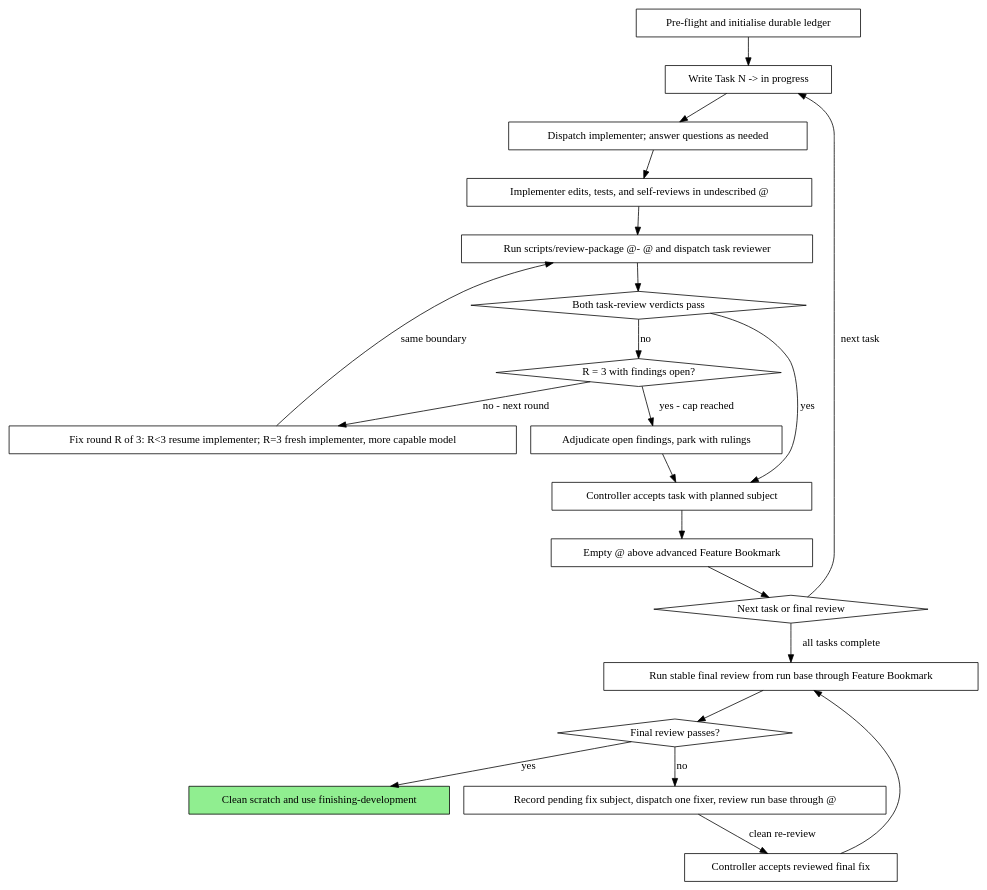
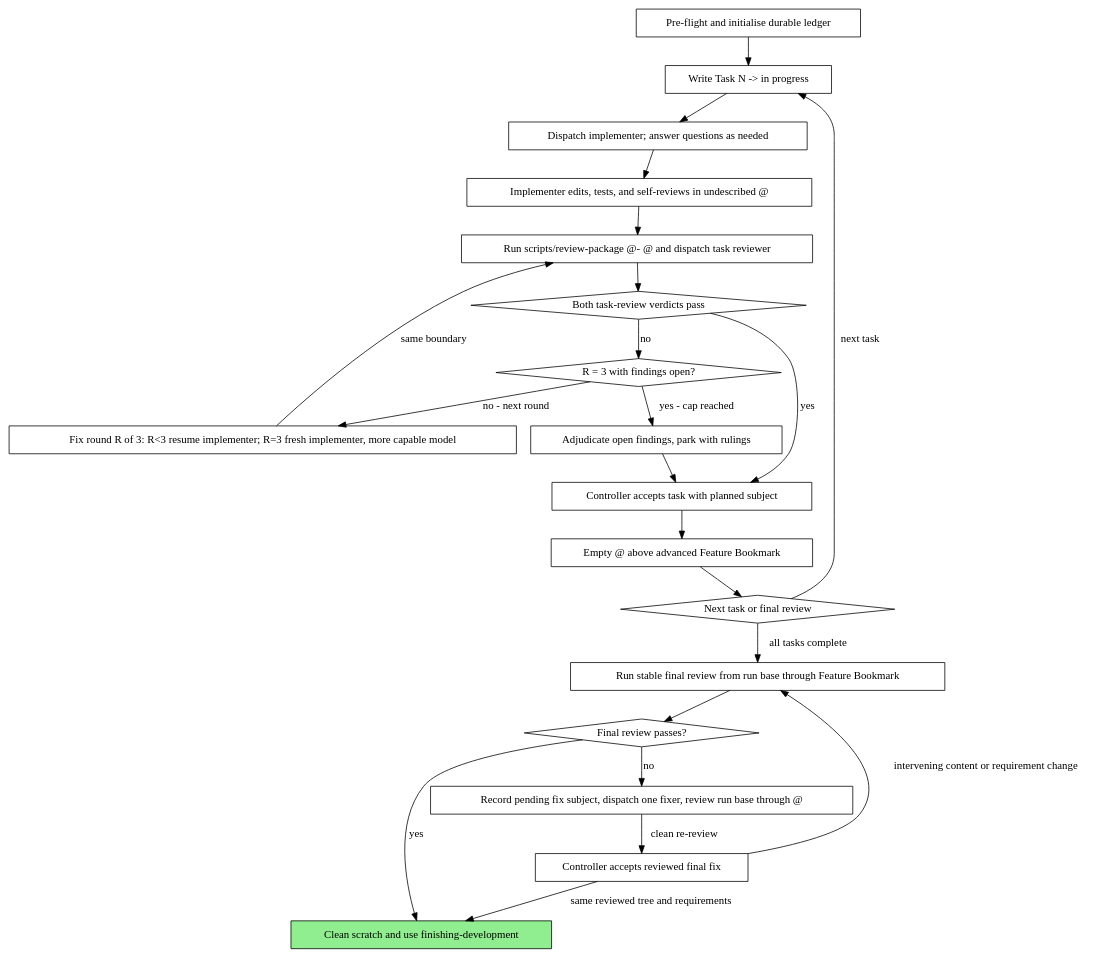
One commit to j10t-dev/1337-skills changed the second of 2 diagrams in skills/subagent-driven-development/SKILL.md. Above: the diagram before and after it, drawn with Graphviz. The commit also changed other lines of this file and 20 other files, not shown here.

````diff
--- a/skills/subagent-driven-development/SKILL.md
+++ b/skills/subagent-driven-development/SKILL.md
@@ -64,44 +65,45 @@
 ```dot
 digraph process {
     rankdir=TB;
 
     "Pre-flight and initialise durable ledger" [shape=box];
     "Write Task N -> in progress" [shape=box];
     "Dispatch implementer; answer questions as needed" [shape=box];
     "Implementer edits, tests, and self-reviews in undescribed @" [shape=box];
     "Run scripts/review-package @- @ and dispatch task reviewer" [shape=box];
     "Both task-review verdicts pass" [shape=diamond];
     "Fix round R of 3: R<3 resume implementer; R=3 fresh implementer, more capable model" [shape=box];
     "R = 3 with findings open?" [shape=diamond];
     "Adjudicate open findings, park with rulings" [shape=box];
     "Controller accepts task with planned subject" [shape=box];
     "Empty @ above advanced Feature Bookmark" [shape=box];
     "Next task or final review" [shape=diamond];
     "Run stable final review from run base through Feature Bookmark" [shape=box];
     "Final review passes?" [shape=diamond];
     "Record pending fix subject, dispatch one fixer, review run base through @" [shape=box];
     "Controller accepts reviewed final fix" [shape=box];
     "Clean scratch and use finishing-development" [shape=box style=filled fillcolor=lightgreen];
 
     "Pre-flight and initialise durable ledger" -> "Write Task N -> in progress";
     "Write Task N -> in progress" -> "Dispatch implementer; answer questions as needed";
     "Dispatch implementer; answer questions as needed" -> "Implementer edits, tests, and self-reviews in undescribed @";
     "Implementer edits, tests, and self-reviews in undescribed @" -> "Run scripts/review-package @- @ and dispatch task reviewer";
     "Run scripts/review-package @- @ and dispatch task reviewer" -> "Both task-review verdicts pass";
     "Both task-review verdicts pass" -> "R = 3 with findings open?" [label="no"];
     "R = 3 with findings open?" -> "Fix round R of 3: R<3 resume implementer; R=3 fresh implementer, more capable model" [label="no - next round"];
     "R = 3 with findings open?" -> "Adjudicate open findings, park with rulings" [label="yes - cap reached"];
     "Fix round R of 3: R<3 resume implementer; R=3 fresh implementer, more capable model" -> "Run scripts/review-package @- @ and dispatch task reviewer" [label="same boundary"];
     "Adjudicate open findings, park with rulings" -> "Controller accepts task with planned subject";
     "Both task-review verdicts pass" -> "Controller accepts task with planned subject" [label="yes"];
     "Controller accepts task with planned subject" -> "Empty @ above advanced Feature Bookmark";
     "Empty @ above advanced Feature Bookmark" -> "Next task or final review";
     "Next task or final review" -> "Write Task N -> in progress" [label="next task"];
     "Next task or final review" -> "Run stable final review from run base through Feature Bookmark" [label="all tasks complete"];
     "Run stable final review from run base through Feature Bookmark" -> "Final review passes?";
     "Final review passes?" -> "Clean scratch and use finishing-development" [label="yes"];
     "Final review passes?" -> "Record pending fix subject, dispatch one fixer, review run base through @" [label="no"];
     "Record pending fix subject, dispatch one fixer, review run base through @" -> "Controller accepts reviewed final fix" [label="clean re-review"];
-    "Controller accepts reviewed final fix" -> "Run stable final review from run base through Feature Bookmark";
+    "Controller accepts reviewed final fix" -> "Clean scratch and use finishing-development" [label="same reviewed tree and requirements"];
+    "Controller accepts reviewed final fix" -> "Run stable final review from run base through Feature Bookmark" [label="intervening content or requirement change"];
 }
 ```
````
